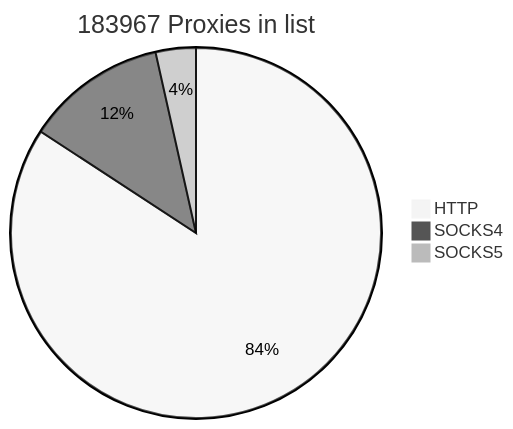
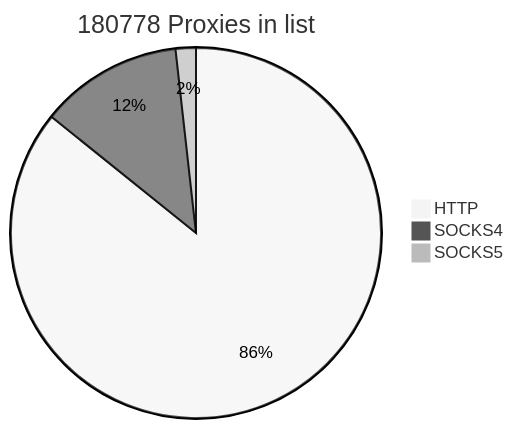
Before and after one commit to cutipu/proxylist: the first of 2 diagrams in README.md, drawn with Mermaid (neutral theme). The commit also changed other lines of this file, not shown here.

````diff
--- a/README.md
+++ b/README.md
@@ -2,7 +2,7 @@
 ```mermaid
-pie title 183967 Proxies in list
-    "HTTP" : 154924
-    "SOCKS4" : 22590
-    "SOCKS5" : 6453
+pie title 180778 Proxies in list
+    "HTTP" : 155073
+    "SOCKS4" : 22506
+    "SOCKS5" : 3199
             
 ```
````
